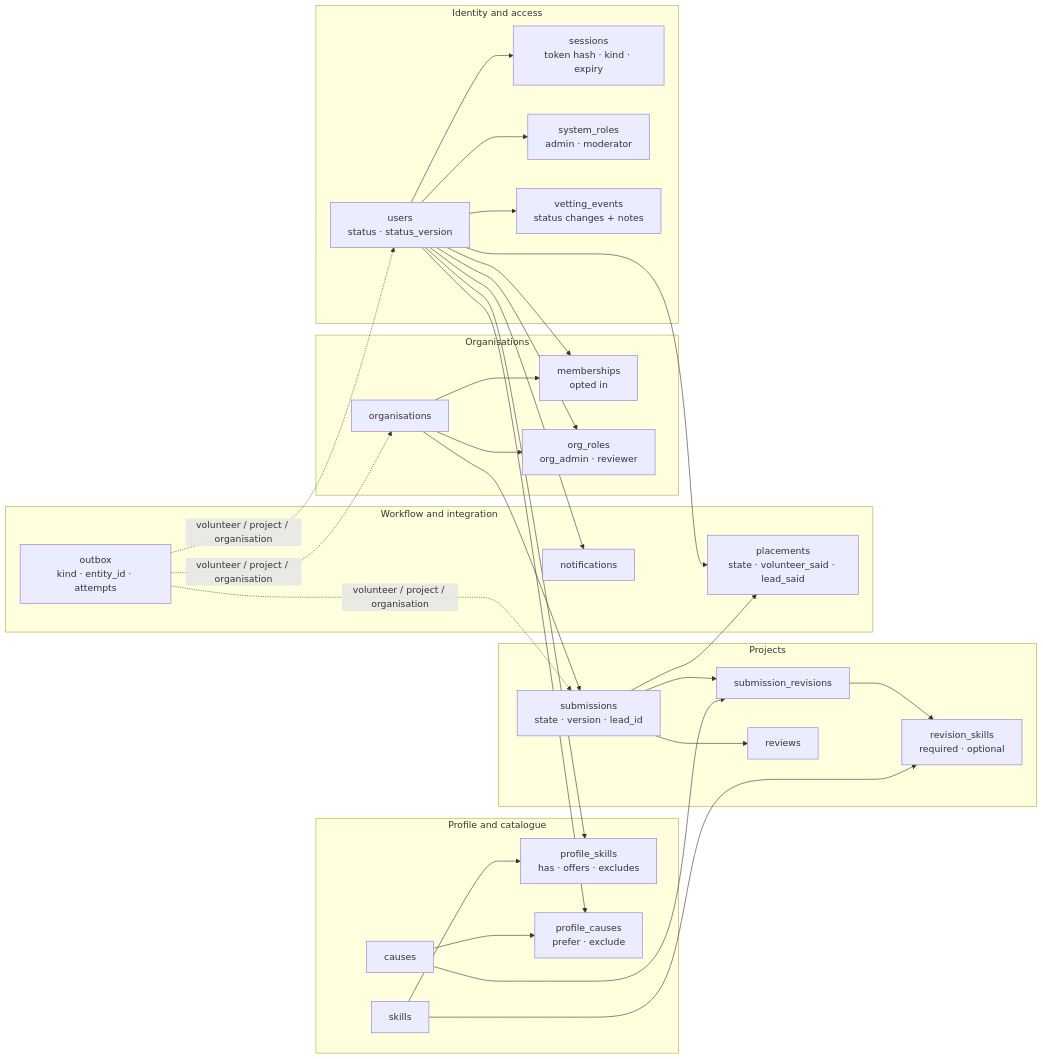
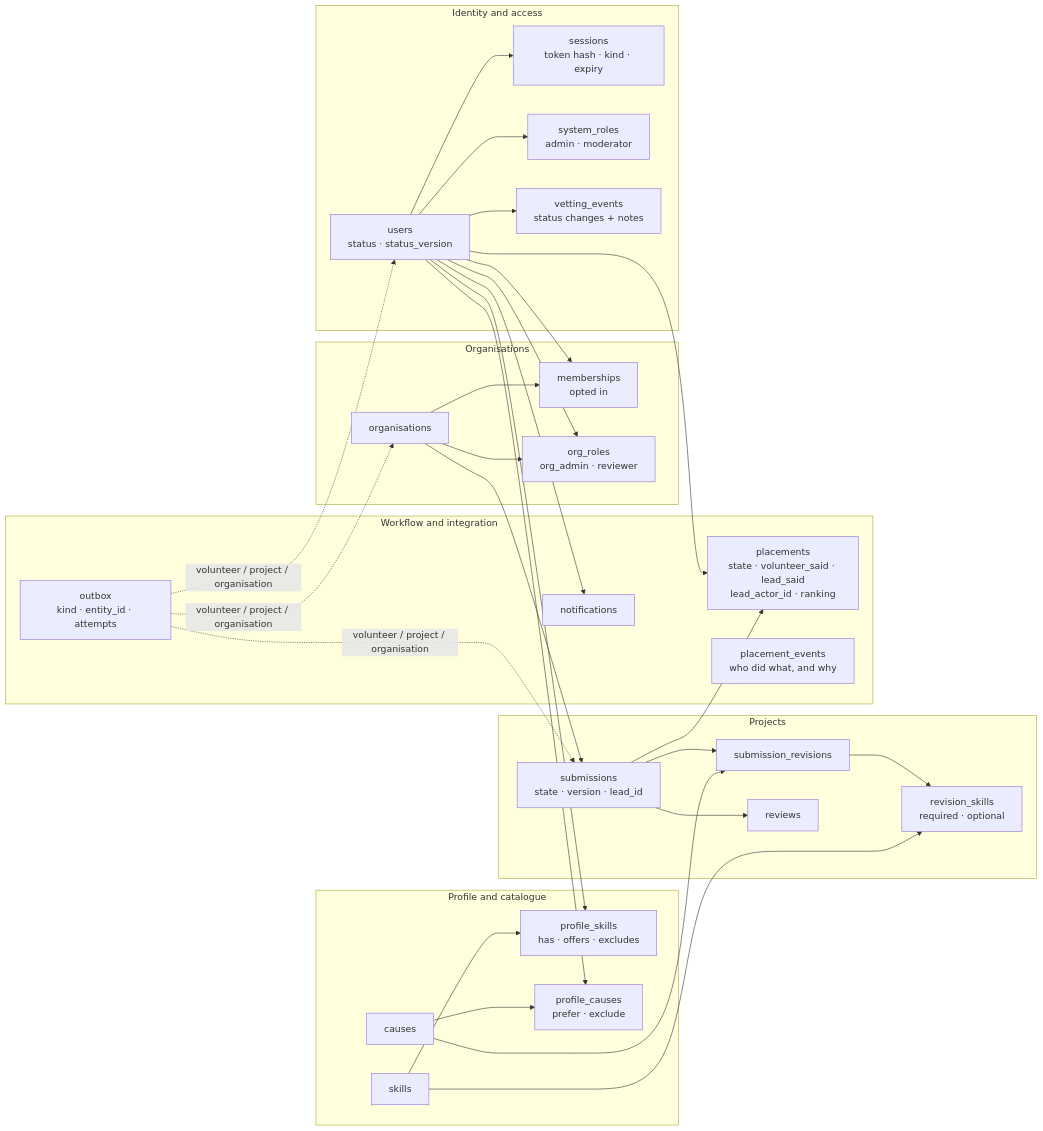
The third of 12 diagrams in docs/content/project/solution-architecture.md (TheCyberScallywag/hackEntry), drawn with Mermaid before and after one commit. The commit also changed other lines of this file and 43 other files, not shown here.

````diff
--- a/docs/content/project/solution-architecture.md
+++ b/docs/content/project/solution-architecture.md
@@ -252,40 +253,41 @@
 ```mermaid
 flowchart LR
   subgraph Identity["Identity and access"]
     users["users<br/>status · status_version"]
     sessions["sessions<br/>token hash · kind · expiry"]
     system_roles["system_roles<br/>admin · moderator"]
     vetting_events["vetting_events<br/>status changes + notes"]
   end
   subgraph Orgs["Organisations"]
     organisations
     memberships["memberships<br/>opted in"]
     org_roles["org_roles<br/>org_admin · reviewer"]
   end
   subgraph Profile["Profile and catalogue"]
     skills
     causes
     profile_skills["profile_skills<br/>has · offers · excludes"]
     profile_causes["profile_causes<br/>prefer · exclude"]
   end
   subgraph Projects["Projects"]
     submissions["submissions<br/>state · version · lead_id"]
     submission_revisions
     revision_skills["revision_skills<br/>required · optional"]
     reviews
   end
   subgraph Workflow["Workflow and integration"]
-    placements["placements<br/>state · volunteer_said · lead_said"]
+    placements["placements<br/>state · volunteer_said · lead_said<br/>lead_actor_id · ranking"]
+    placement_events["placement_events<br/>who did what, and why"]
     notifications
     outbox["outbox<br/>kind · entity_id · attempts"]
   end
   users --> sessions & system_roles & vetting_events & memberships & org_roles
   users --> profile_skills & profile_causes & notifications
   organisations --> memberships & org_roles & submissions
   skills --> profile_skills & revision_skills
   causes --> profile_causes & submission_revisions
   submissions --> submission_revisions --> revision_skills
   submissions --> reviews & placements
   users --> placements
   outbox -. "volunteer / project / organisation" .-> users & submissions & organisations
 ```
````
